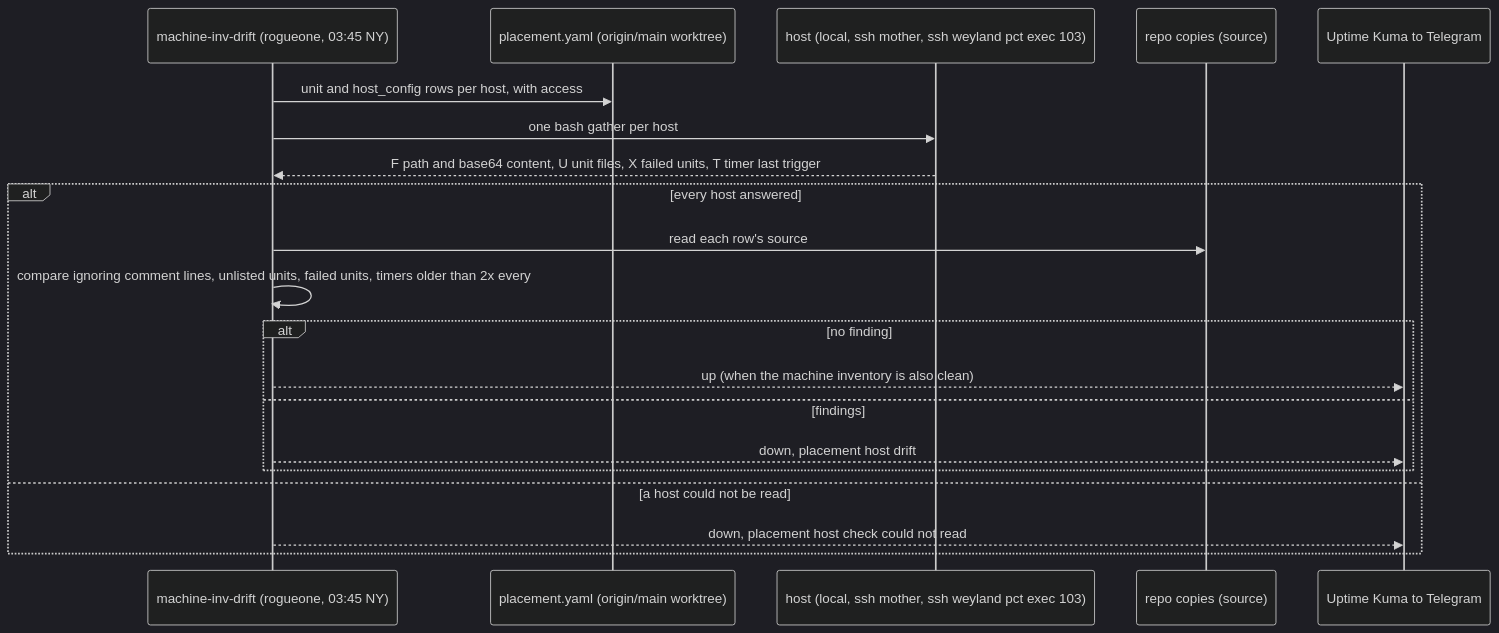
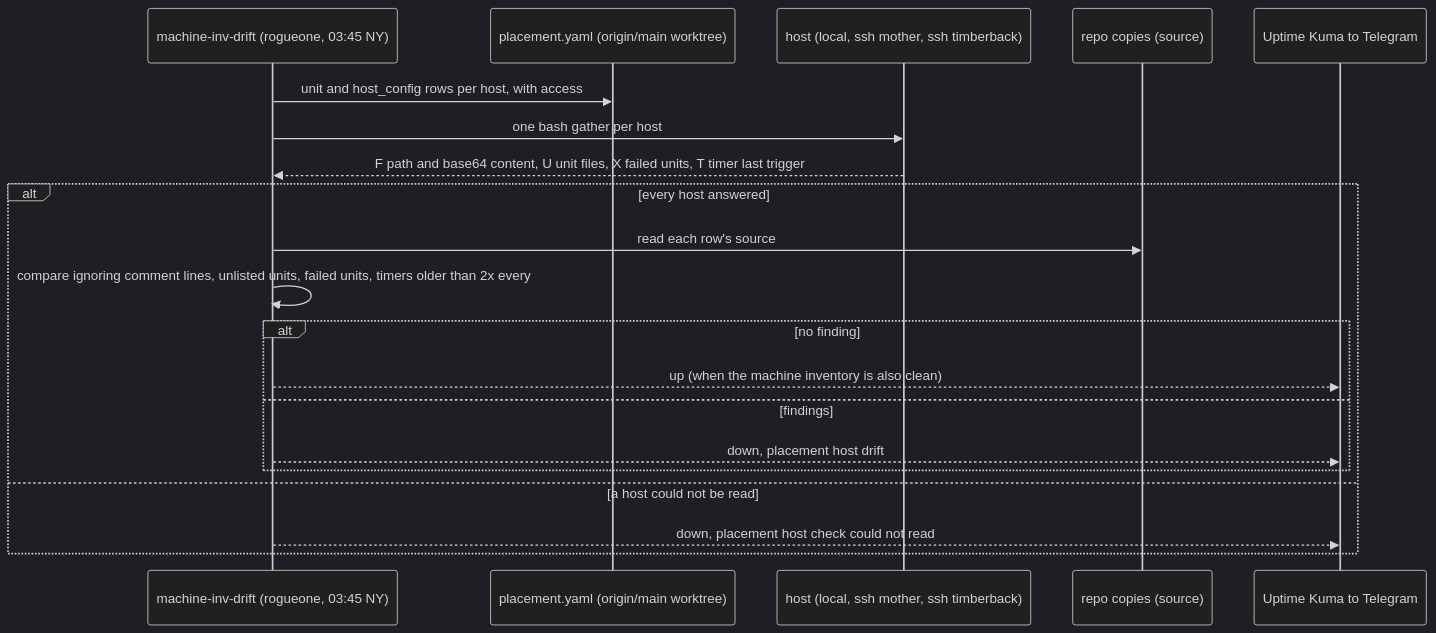
One commit to edtbl76/weyland-lab changed the second of 2 diagrams in docs/diagrams/flow-placement.md. Above: the diagram before and after it, drawn with Mermaid (dark theme). The commit also changed 17 other files, not shown here.

````diff
--- a/docs/diagrams/flow-placement.md
+++ b/docs/diagrams/flow-placement.md
@@ -47,22 +47,22 @@
 ```mermaid
 sequenceDiagram
     participant D as machine-inv-drift (rogueone, 03:45 NY)
     participant F as placement.yaml (origin/main worktree)
-    participant H as host (local, ssh mother, ssh weyland pct exec 103)
+    participant H as host (local, ssh mother, ssh timberback)
     participant G as repo copies (source)
     participant K as Uptime Kuma to Telegram
     D->>F: unit and host_config rows per host, with access
     D->>H: one bash gather per host
     H-->>D: F path and base64 content, U unit files, X failed units, T timer last trigger
     alt every host answered
         D->>G: read each row's source
         D->>D: compare ignoring comment lines, unlisted units, failed units, timers older than 2x every
         alt no finding
             D-->>K: up (when the machine inventory is also clean)
         else findings
             D-->>K: down, placement host drift
         end
     else a host could not be read
         D-->>K: down, placement host check could not read
     end
 ```
````
